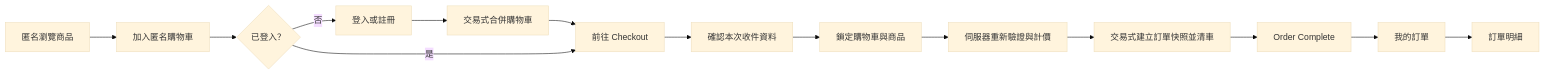
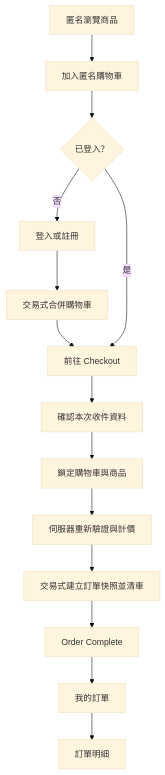
The diagram in README.md (don30362-stack/home-fitness-php-store), drawn with Mermaid (base theme) before and after one commit.

Commit message:
docs: improve shopping flow diagram readability

````diff
--- a/README.md
+++ b/README.md
@@ -50,16 +50,16 @@
 ```mermaid
-flowchart LR
+flowchart TD
     A[匿名瀏覽商品] --> B[加入匿名購物車]
     B --> C{已登入？}
     C -- 否 --> D[登入或註冊]
     D --> E[交易式合併購物車]
     E --> F[前往 Checkout]
     C -- 是 --> F
     F --> G[確認本次收件資料]
     G --> H[鎖定購物車與商品]
     H --> I[伺服器重新驗證與計價]
     I --> J[交易式建立訂單快照並清車]
     J --> K[Order Complete]
     K --> L[我的訂單]
     L --> M[訂單明細]
 ```
````
